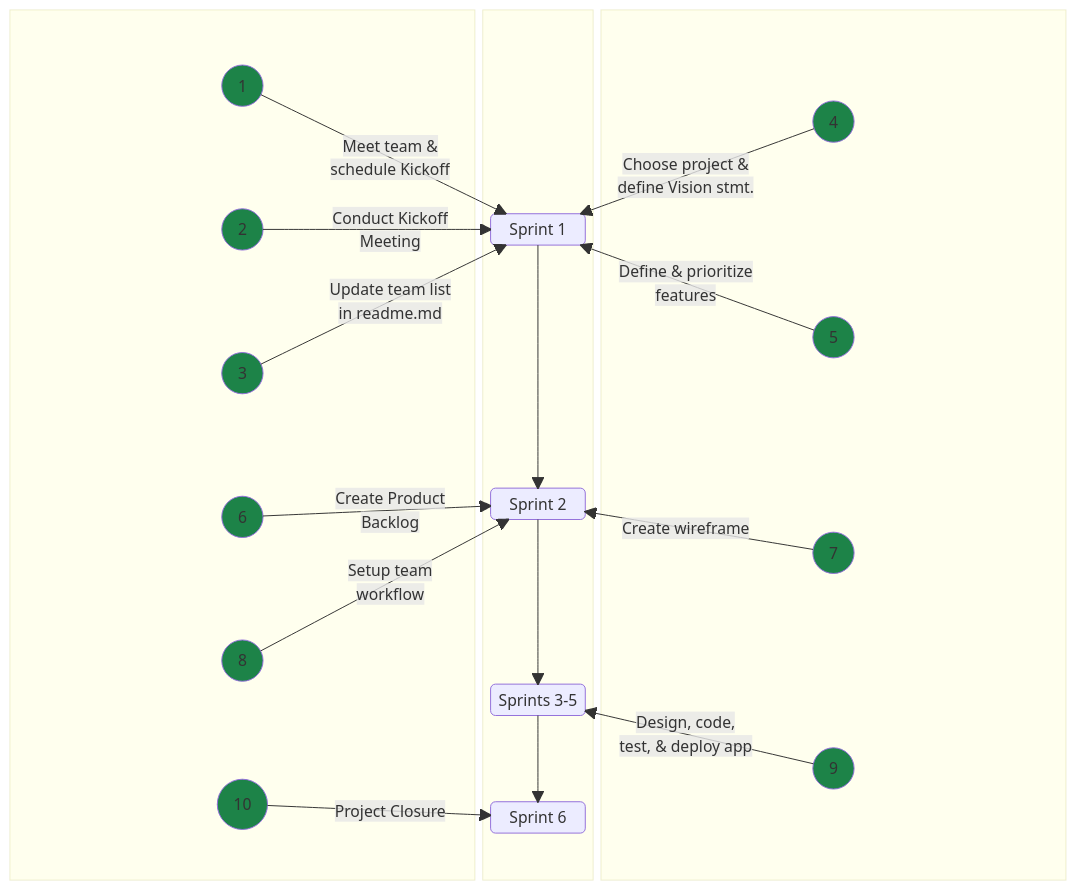
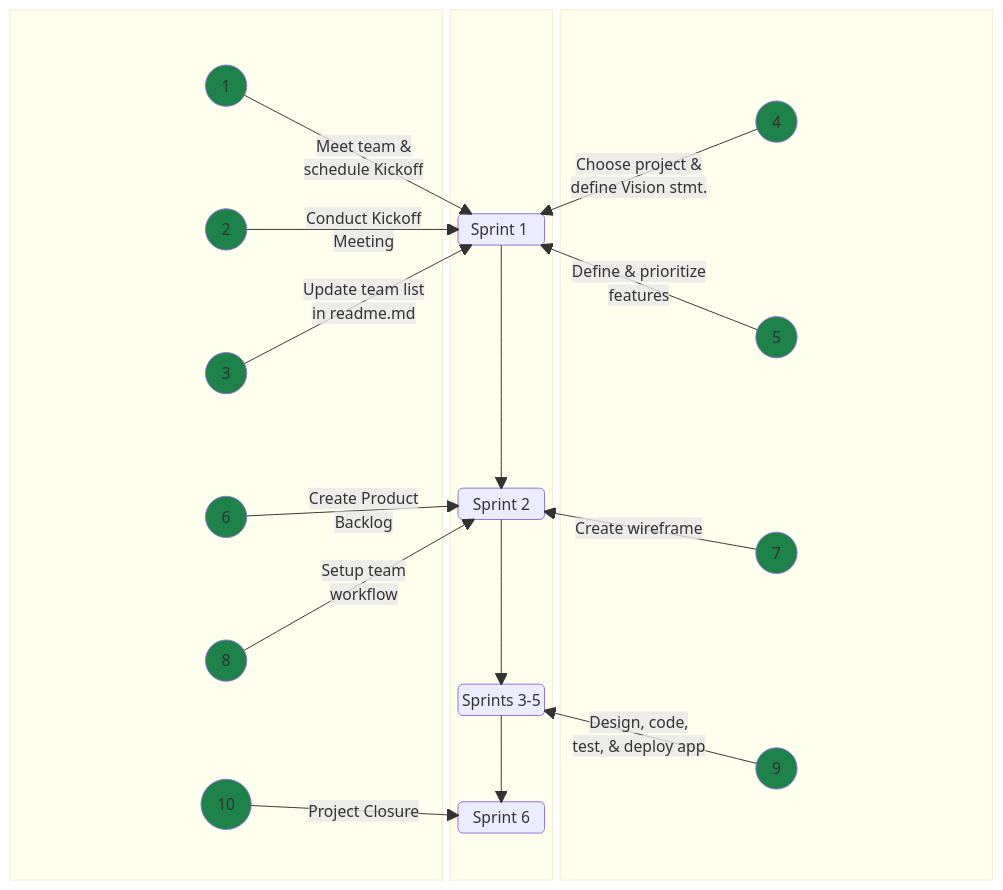
The diagram in README.md (jdmedlock/mermaid_testing), drawn with Mermaid before and after one commit.

Commit message:
Feature: Recreate linear sprint diagram

````diff
--- a/README.md
+++ b/README.md
@@ -4,74 +4,74 @@
 ```mermaid
   block-beta
     columns 9
     block:LEFT:4
       columns 1
       A1(("&nbsp;&nbsp; 1 &nbsp;&nbsp;"))
       A2(("&nbsp;&nbsp; 2 &nbsp;&nbsp;"))
       A3(("&nbsp;&nbsp; 3 &nbsp;&nbsp;"))
       A6(("&nbsp;&nbsp; 6 &nbsp;&nbsp;"))
       A8(("&nbsp;&nbsp; 8 &nbsp;&nbsp;"))
       A10(("&nbsp;&nbsp; 10 &nbsp;&nbsp;"))
     end
     
     block:CENTER:1
       columns 1
       space
       space
       space
       space
       space
-      SPRINT1("&nbsp;&nbsp;Sprint 1&nbsp;&nbsp;")
+      SPRINT1("Sprint 1&nbsp;")
       space
       space
       space
       space
       space
       space
-      SPRINT2("&nbsp;Sprint 2&nbsp;")
+      SPRINT2("Sprint 2")
       space
       space
       space
       space
-      SPRINT35("&nbsp;Sprints 3-5&nbsp;")
+      SPRINT35("Sprints 3-5")
       space
       space
-      SPRINT6("&nbsp;Sprint 6&nbsp;")
+      SPRINT6("Sprint 6")
       space
     end
     
     block:RIGHT:4
       columns 1
       A4(("&nbsp;&nbsp; 4 &nbsp;&nbsp;"))
       A5(("&nbsp;&nbsp; 5 &nbsp;&nbsp;"))
       A7(("&nbsp;&nbsp; 7 &nbsp;&nbsp;"))
       A9(("&nbsp;&nbsp; 9 &nbsp;&nbsp;"))
     end
 
     SPRINT1 --> SPRINT2
     SPRINT2 --> SPRINT35
     SPRINT35 --> SPRINT6
 
     A1 -- "Meet team &</br>schedule Kickoff" --> SPRINT1
     A2 -- "Conduct Kickoff</br>Meeting" --> SPRINT1
     A3 -- "Update team list</br>in readme.md" --> SPRINT1
     A4 -- "Choose project &</br>define Vision stmt." --> SPRINT1
     A5 -- "Define & prioritize</br>features" --> SPRINT1
     A6 -- "Create Product</br>Backlog" --> SPRINT2
     A7 -- "Create wireframe" --> SPRINT2
     A8 -- "Setup team</br>workflow" --> SPRINT2
     A9 -- "Design, code,</br>test, & deploy app" --> SPRINT35
     A10 -- "Project Closure" --> SPRINT6
 
     style A1 fill:#1d8348
     style A2 fill:#1d8348
     style A3 fill:#1d8348
     style A4 fill:#1d8348
     style A5 fill:#1d8348
     style A6 fill:#1d8348
     style A7 fill:#1d8348
     style A8 fill:#1d8348
     style A9 fill:#1d8348
     style A10 fill:#1d8348
 
 ```
````
